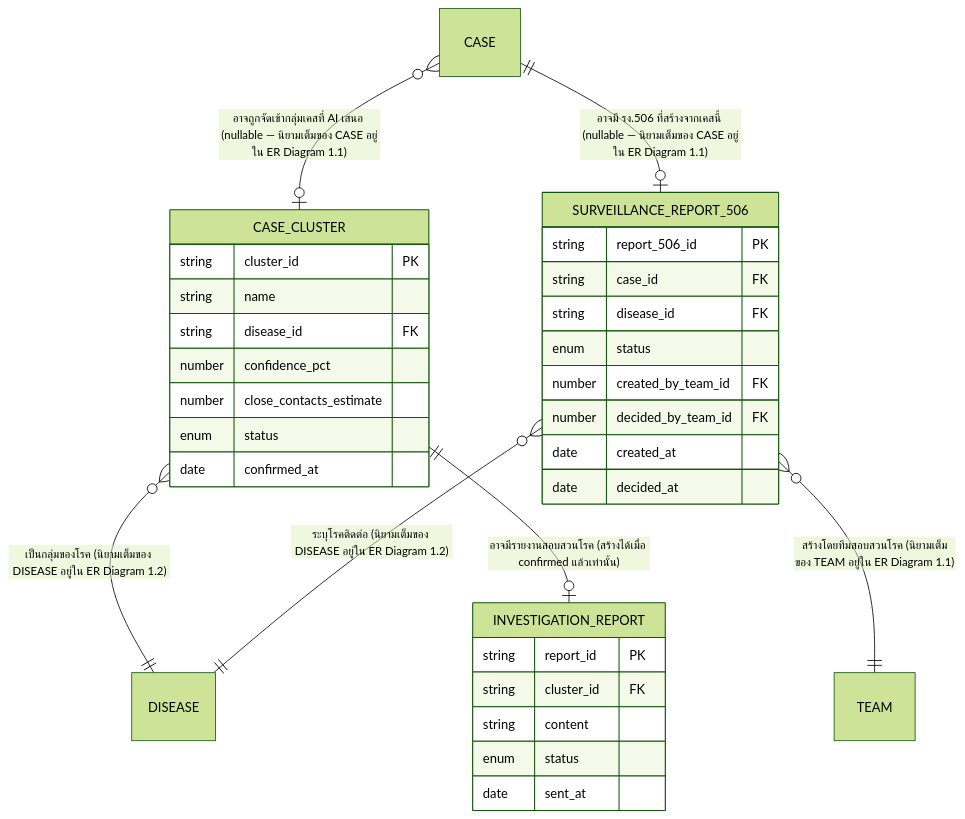
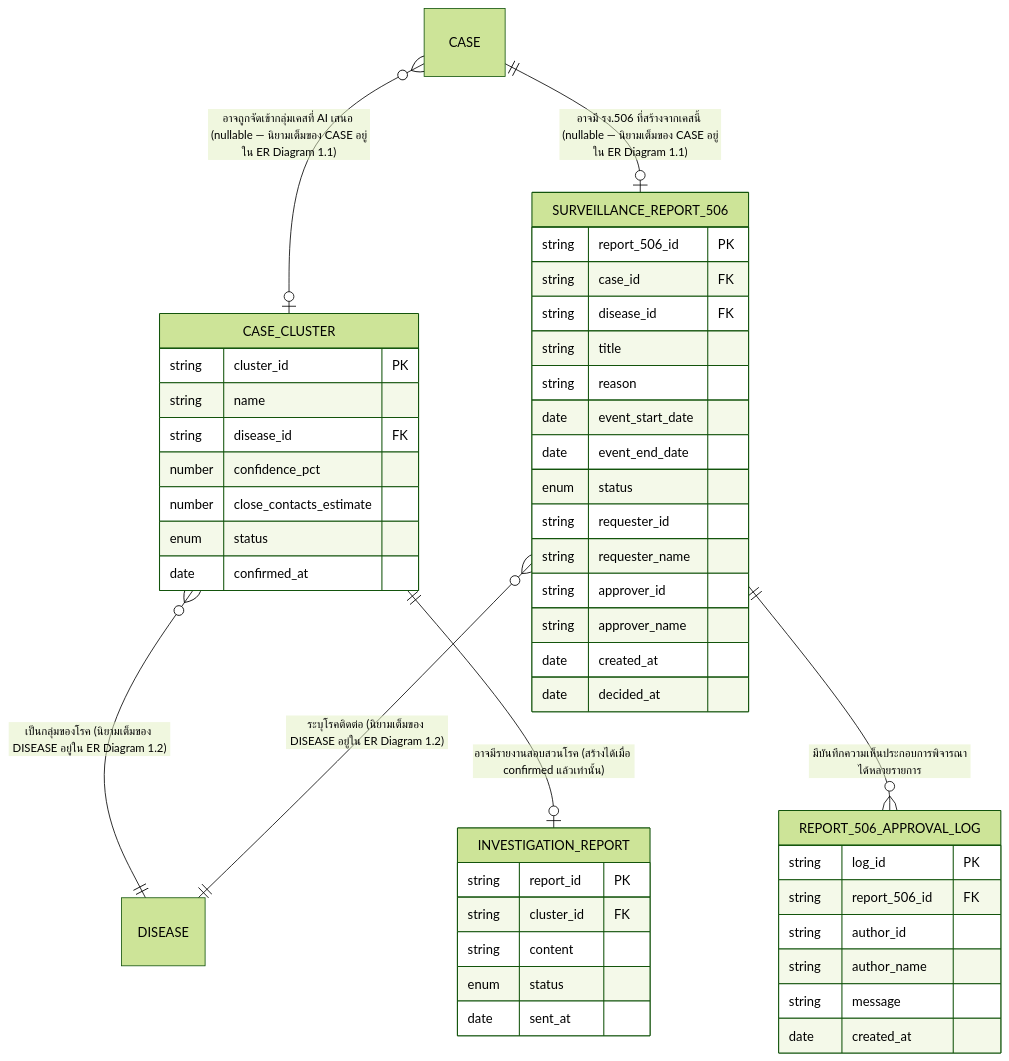
One commit to Plabuchill/AI-DSRP changed the third of 8 diagrams in docs/02-design/02-technical/DATA-MODEL.md. Above: the diagram before and after it, drawn with Mermaid (forest theme). The commit also changed other lines of this file, not shown here.

First line of the commit message:
Revise SURVEILLANCE_REPORT_506 fields and add approval log entity

````diff
--- a/docs/02-design/02-technical/DATA-MODEL.md
+++ b/docs/02-design/02-technical/DATA-MODEL.md
@@ -124,36 +124,50 @@
 ```mermaid
 erDiagram
   CASE }o--o| CASE_CLUSTER : "อาจถูกจัดเข้ากลุ่มเคสที่ AI เสนอ (nullable — นิยามเต็มของ CASE อยู่ใน ER Diagram 1.1)"
   CASE_CLUSTER }o--|| DISEASE : "เป็นกลุ่มของโรค (นิยามเต็มของ DISEASE อยู่ใน ER Diagram 1.2)"
   CASE_CLUSTER ||--o| INVESTIGATION_REPORT : "อาจมีรายงานสอบสวนโรค (สร้างได้เมื่อ confirmed แล้วเท่านั้น)"
   CASE ||--o| SURVEILLANCE_REPORT_506 : "อาจมี รง.506 ที่สร้างจากเคสนี้ (nullable — นิยามเต็มของ CASE อยู่ใน ER Diagram 1.1)"
   SURVEILLANCE_REPORT_506 }o--|| DISEASE : "ระบุโรคติดต่อ (นิยามเต็มของ DISEASE อยู่ใน ER Diagram 1.2)"
-  SURVEILLANCE_REPORT_506 }o--|| TEAM : "สร้างโดยทีมสอบสวนโรค (นิยามเต็มของ TEAM อยู่ใน ER Diagram 1.1)"
+  SURVEILLANCE_REPORT_506 ||--o{ REPORT_506_APPROVAL_LOG : "มีบันทึกความเห็นประกอบการพิจารณาได้หลายรายการ"
 
   CASE_CLUSTER {
     string cluster_id PK
     string name
     string disease_id FK
     number confidence_pct
     number close_contacts_estimate
     enum status
     date confirmed_at
   }
   INVESTIGATION_REPORT {
     string report_id PK
     string cluster_id FK
     string content
     enum status
     date sent_at
   }
   SURVEILLANCE_REPORT_506 {
     string report_506_id PK
     string case_id FK
     string disease_id FK
+    string title
+    string reason
+    date event_start_date
+    date event_end_date
     enum status
-    number created_by_team_id FK
-    number decided_by_team_id FK
+    string requester_id
+    string requester_name
+    string approver_id
+    string approver_name
     date created_at
     date decided_at
   }
+  REPORT_506_APPROVAL_LOG {
+    string log_id PK
+    string report_506_id FK
+    string author_id
+    string author_name
+    string message
+    date created_at
+  }
 ```
````
